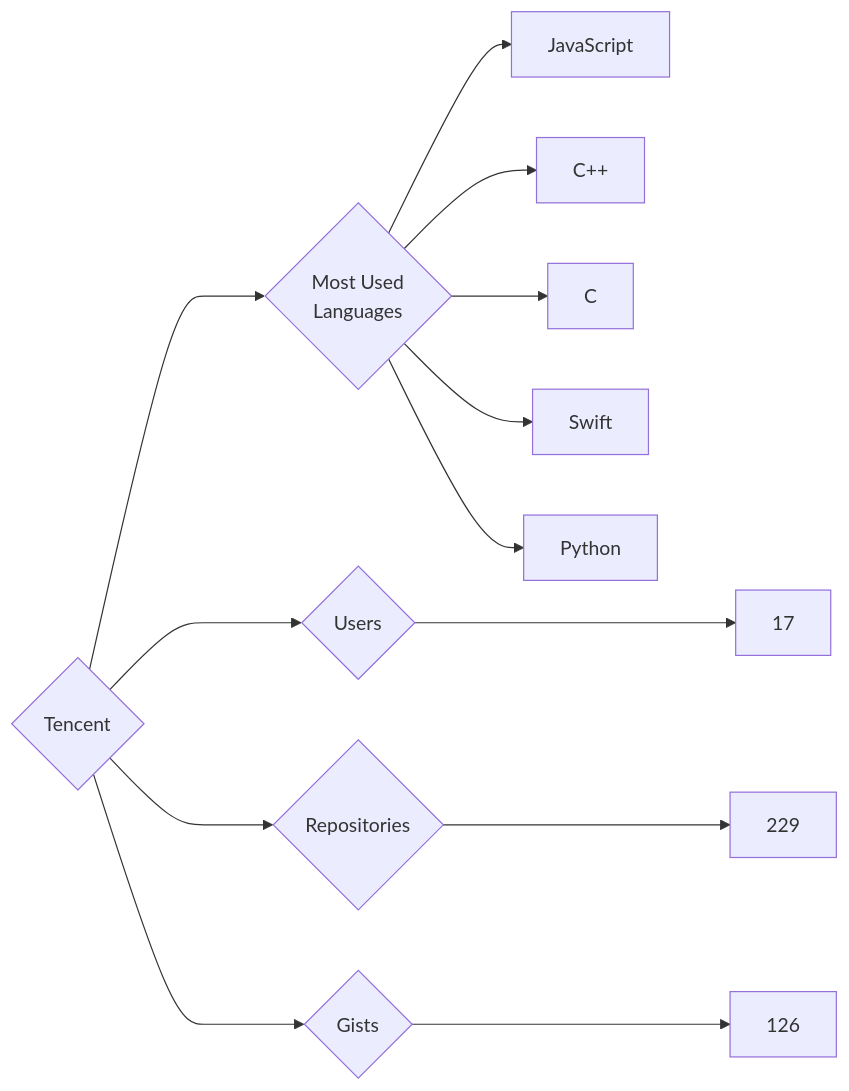
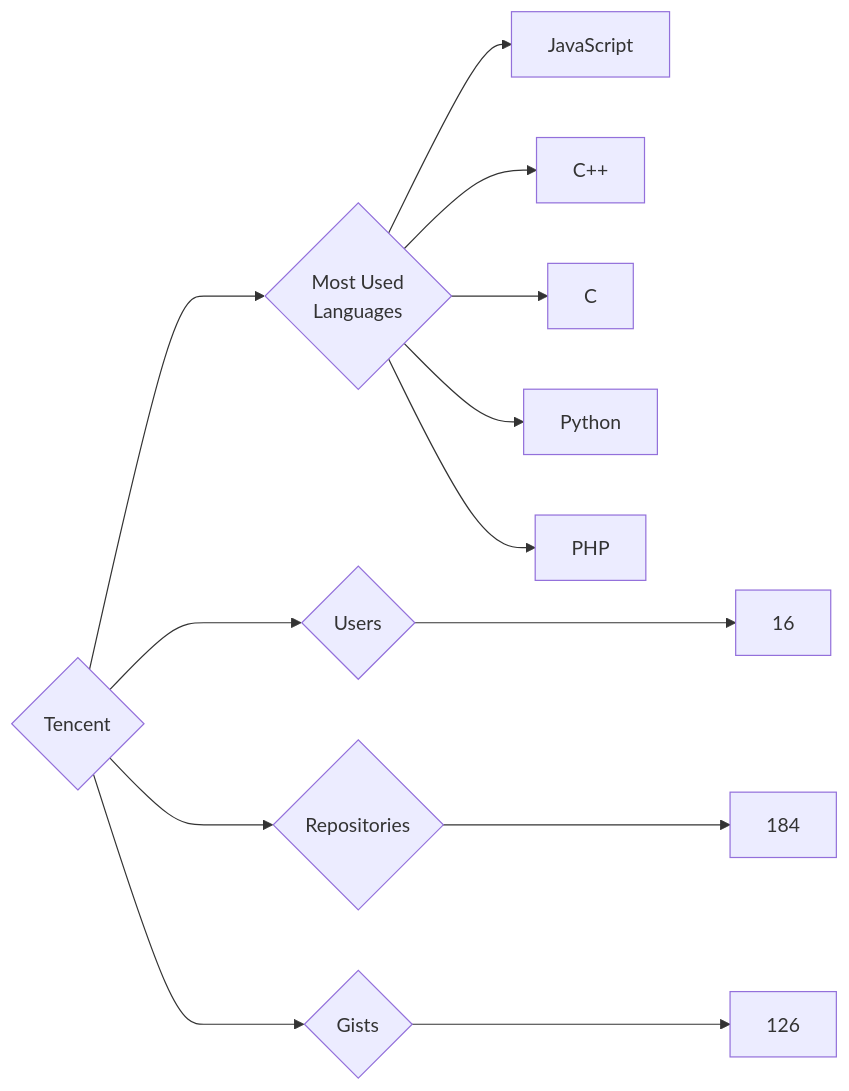
Before and after one commit to trickest/insiders: the diagram in targets/Tencent/README.md, drawn with Mermaid. The commit also changed 1248 other files, not shown here.

````diff
--- a/targets/Tencent/README.md
+++ b/targets/Tencent/README.md
@@ -3,13 +3,13 @@
 ```mermaid
 graph LR
 COMPANY_NAME{Tencent}
-COMPANY_NAME ---> U{Users} ---> UN[17]
-COMPANY_NAME ---> R{Repositories} ---> RN[229]
+COMPANY_NAME ---> U{Users} ---> UN[16]
+COMPANY_NAME ---> R{Repositories} ---> RN[184]
 COMPANY_NAME ---> G{Gists} ---> GN[126]
 COMPANY_NAME ---> ML{Most Used<br>Languages}
 ML --> JavaScript[JavaScript]
 ML --> C++[C++]
 ML --> C[C]
-ML --> Swift[Swift]
 ML --> Python[Python]
+ML --> PHP[PHP]
 ```
````
